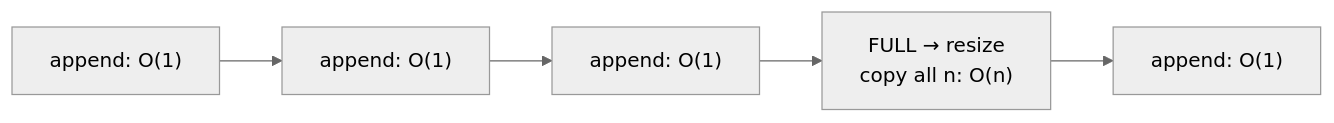
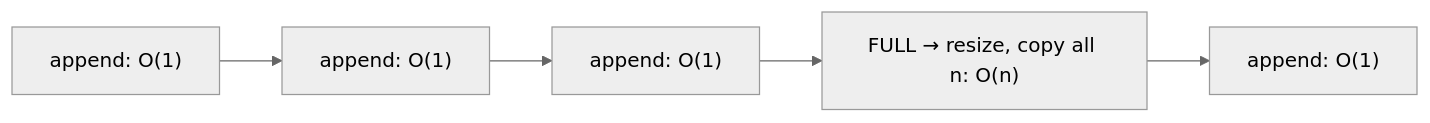
The second of 2 diagrams in src/modules/dsa/content/01-foundations/03-analyzing-complexity.md (mohammad-mriesh-job/cortex), drawn with Mermaid (neutral theme) before and after one commit. The commit also changed other lines of this file and 257 other files, not shown here.

````diff
--- a/src/modules/dsa/content/01-foundations/03-analyzing-complexity.md
+++ b/src/modules/dsa/content/01-foundations/03-analyzing-complexity.md
@@ -148,4 +148,4 @@
 ```mermaid
 flowchart LR
-  A["append: O(1)"] --> B["append: O(1)"] --> C["append: O(1)"] --> D["FULL → resize<br/>copy all n: O(n)"] --> E["append: O(1)"]
+  A["append: O(1)"] --> B["append: O(1)"] --> C["append: O(1)"] --> D["FULL → resize, copy all n: O(n)"] --> E["append: O(1)"]
 ```
````
